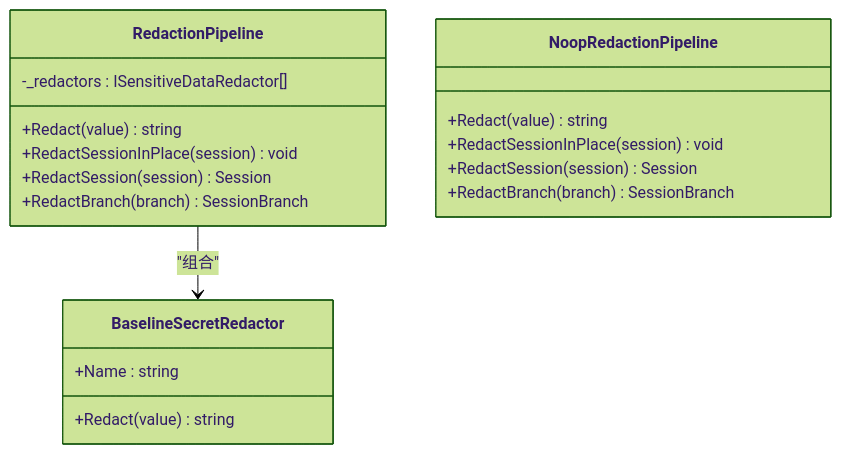
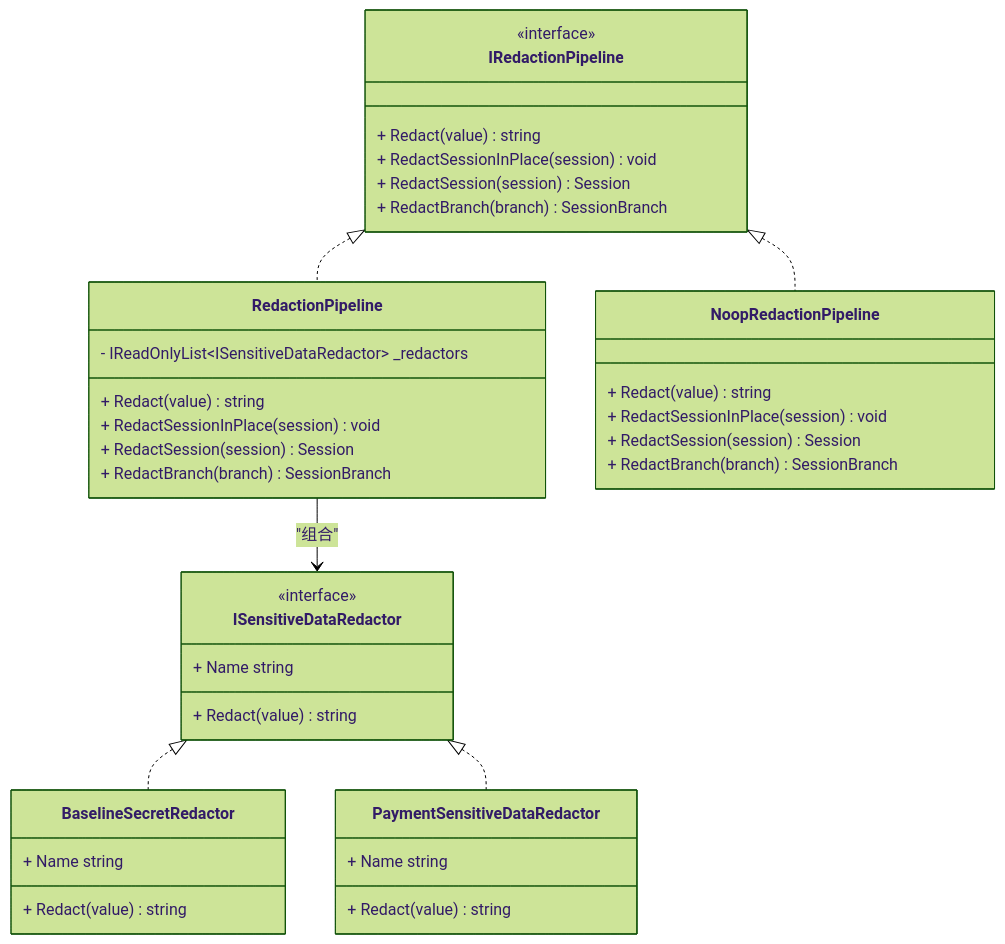
One commit to wayyet/kingcrab changed the sixth of 8 diagrams in .qoder/repowiki/zh/content/工具系统/工具安全策略.md. Above: the diagram before and after it, drawn with Mermaid (forest theme). The commit also changed other lines of this file and 431 other files, not shown here.

````diff
--- a/.qoder/repowiki/zh/content/工具系统/工具安全策略.md
+++ b/.qoder/repowiki/zh/content/工具系统/工具安全策略.md
@@ -213,21 +239,41 @@
 ```mermaid
 classDiagram
+class IRedactionPipeline {
+<<interface>>
++ Redact(value) string
++ RedactSessionInPlace(session) void
++ RedactSession(session) Session
++ RedactBranch(branch) SessionBranch
+}
 class RedactionPipeline {
--_redactors : ISensitiveDataRedactor[]
-+Redact(value) string
-+RedactSessionInPlace(session) void
-+RedactSession(session) Session
-+RedactBranch(branch) SessionBranch
+- IReadOnlyList~ISensitiveDataRedactor~ _redactors
++ Redact(value) string
++ RedactSessionInPlace(session) void
++ RedactSession(session) Session
++ RedactBranch(branch) SessionBranch
+}
+class NoopRedactionPipeline {
++ Redact(value) string
++ RedactSessionInPlace(session) void
++ RedactSession(session) Session
++ RedactBranch(branch) SessionBranch
+}
+class ISensitiveDataRedactor {
+<<interface>>
++ Name string
++ Redact(value) string
 }
 class BaselineSecretRedactor {
-+Name : string
-+Redact(value) string
++ Name string
++ Redact(value) string
 }
-class NoopRedactionPipeline {
-+Redact(value) string
-+RedactSessionInPlace(session) void
-+RedactSession(session) Session
-+RedactBranch(branch) SessionBranch
+class PaymentSensitiveDataRedactor {
++ Name string
++ Redact(value) string
 }
-RedactionPipeline --> BaselineSecretRedactor : "组合"
+IRedactionPipeline <|.. RedactionPipeline
+IRedactionPipeline <|.. NoopRedactionPipeline
+ISensitiveDataRedactor <|.. BaselineSecretRedactor
+ISensitiveDataRedactor <|.. PaymentSensitiveDataRedactor
+RedactionPipeline --> ISensitiveDataRedactor : "组合"
 ```
````
